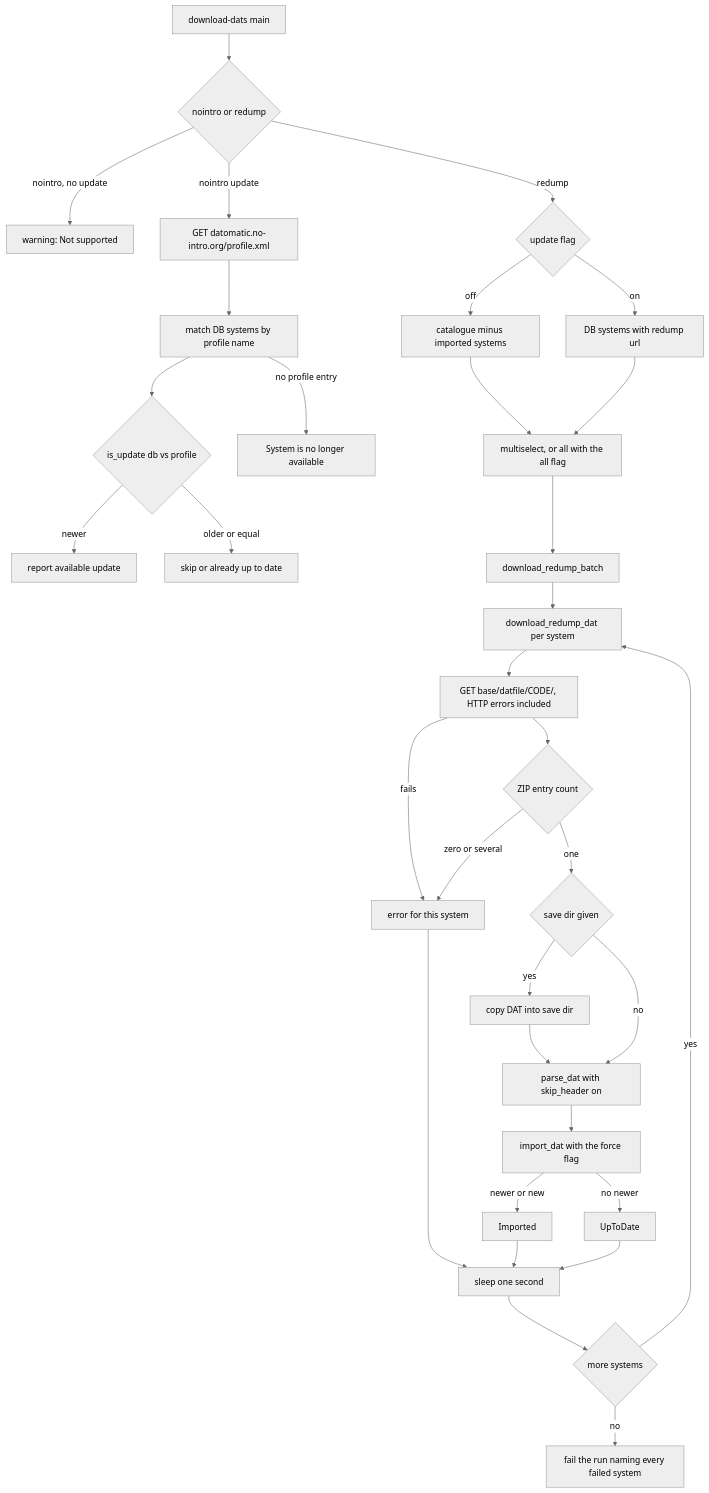
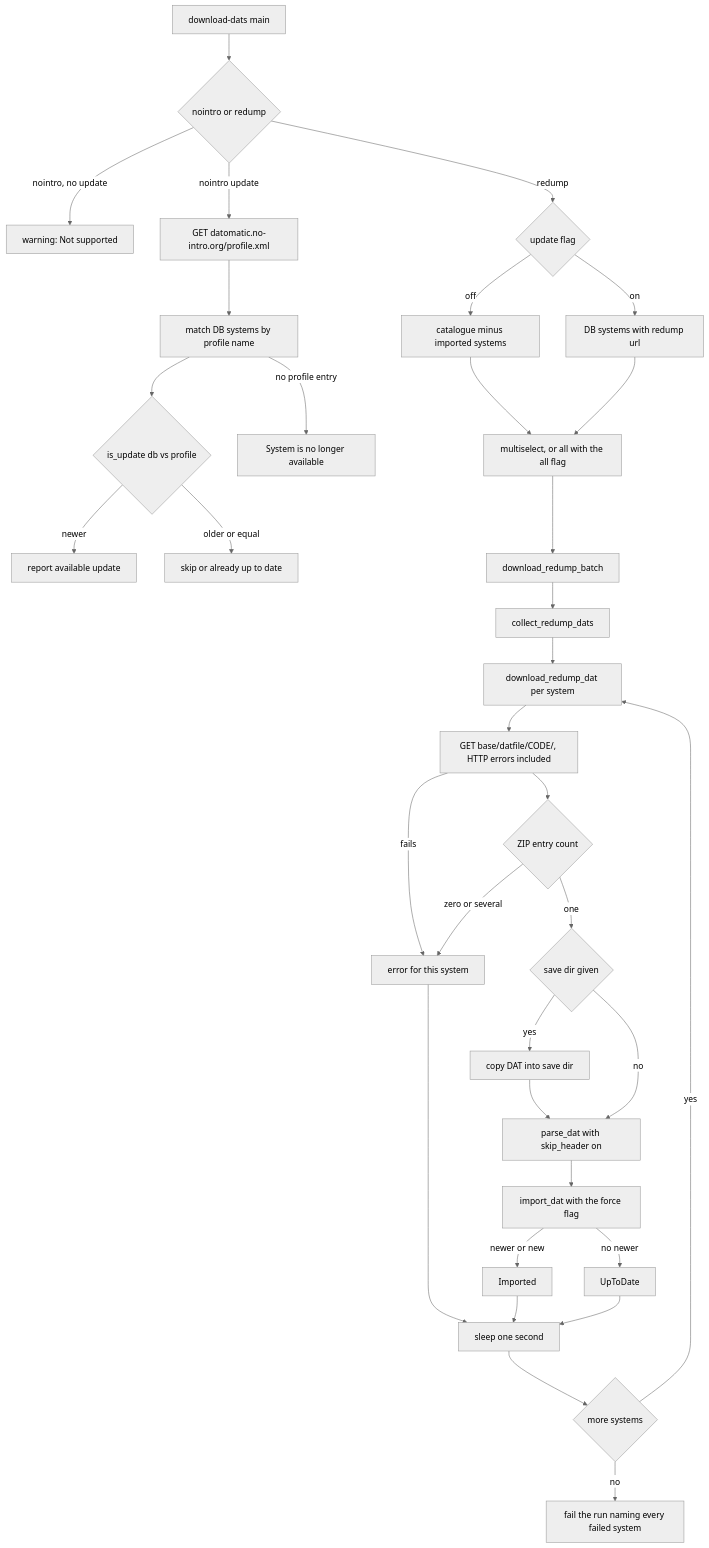
Before and after one commit to alucryd/oxyromon: the diagram in openwiki/integrations/dat-providers-no-intro-redump.md, drawn with Mermaid (neutral theme). The commit also changed other lines of this file and 15 other files, not shown here.

Commit message:
openwiki: refresh for the shared download-dats outcome collector

````diff
--- a/openwiki/integrations/dat-providers-no-intro-redump.md
+++ b/openwiki/integrations/dat-providers-no-intro-redump.md
@@ -176,35 +176,36 @@
 ```mermaid
 flowchart TD
     Start["download-dats main"] --> P{"nointro or redump"}
     P -->|"nointro, no update"| W["warning: Not supported"]
     P -->|"nointro update"| NI["GET datomatic.no-intro.org/profile.xml"]
     NI --> NIM["match DB systems by profile name"]
     NIM --> NIC{"is_update db vs profile"}
     NIC -->|newer| NIOk["report available update"]
     NIC -->|older or equal| NISkip["skip or already up to date"]
     NIM -->|"no profile entry"| NIGone["System is no longer available"]
     P -->|redump| R{"update flag"}
     R -->|off| RL["catalogue minus imported systems"]
     R -->|on| RU["DB systems with redump url"]
     RL --> SEL["multiselect, or all with the all flag"]
     RU --> SEL
     SEL --> BATCH["download_redump_batch"]
-    BATCH --> DL["download_redump_dat per system"]
+    BATCH --> COL["collect_redump_dats"]
+    COL --> DL["download_redump_dat per system"]
     DL --> GET["GET base/datfile/CODE/, HTTP errors included"]
     GET -->|"fails"| ERR["error for this system"]
     GET --> Z{"ZIP entry count"}
     Z -->|"zero or several"| ERR
     Z -->|one| SAVE{"save dir given"}
     SAVE -->|yes| CP["copy DAT into save dir"]
     SAVE -->|no| PARSE
     CP --> PARSE["parse_dat with skip_header on"]
     PARSE --> IMP["import_dat with the force flag"]
     IMP -->|"newer or new"| IMPORTED["Imported"]
     IMP -->|"no newer"| UPTODATE["UpToDate"]
     IMPORTED --> RATE["sleep one second"]
     UPTODATE --> RATE
     ERR --> RATE
     RATE --> NEXT{"more systems"}
     NEXT -->|yes| DL
     NEXT -->|no| END["fail the run naming every failed system"]
 ```
````
